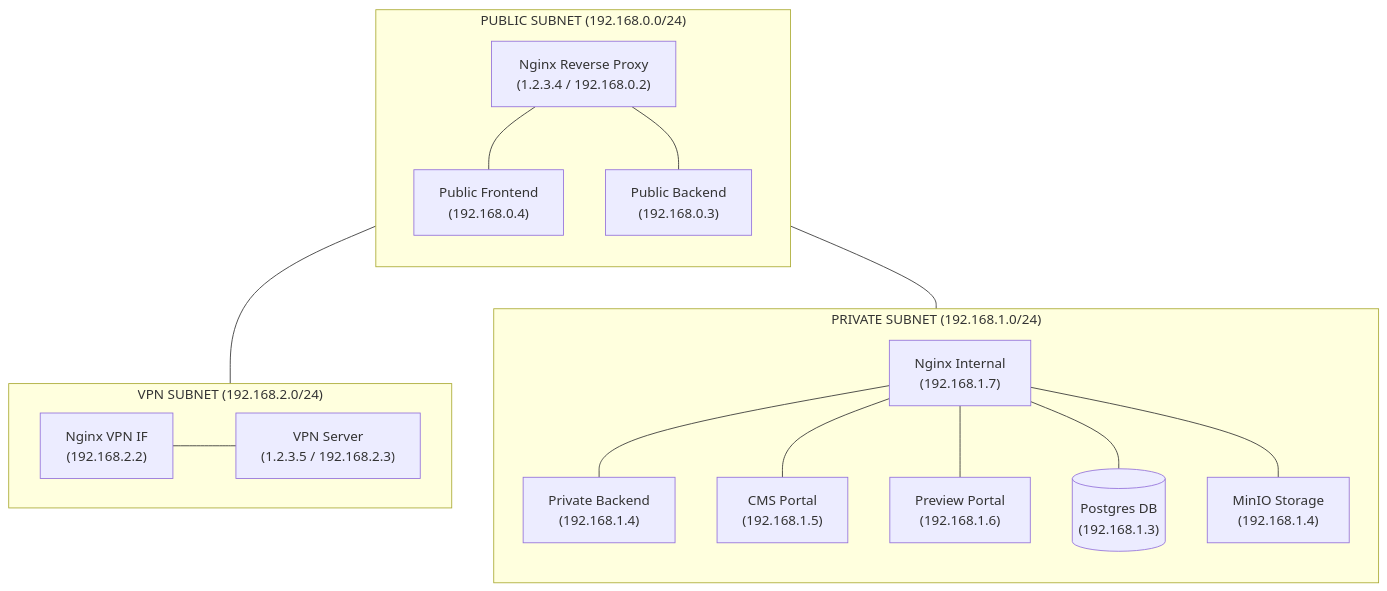
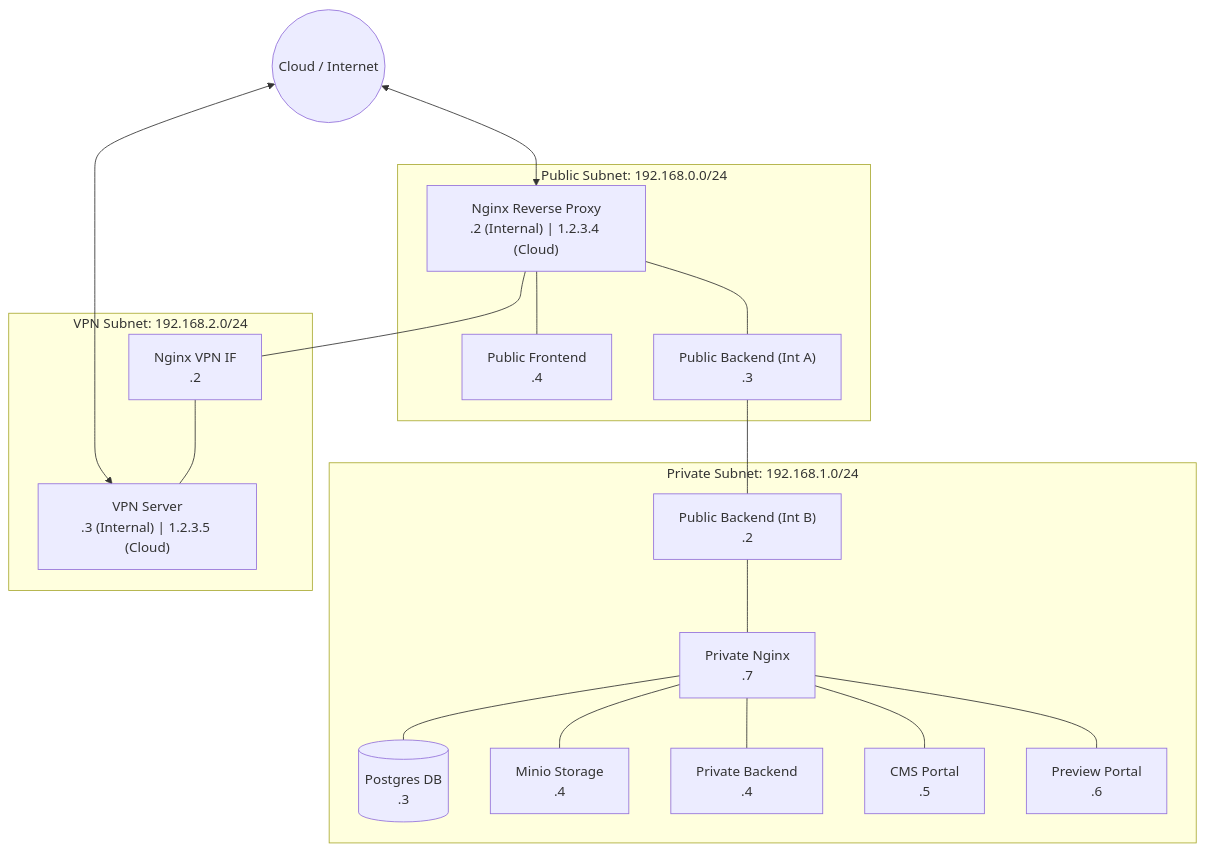
The diagram in README.md (mintesnotAfework/GRPC), drawn with Mermaid before and after one commit.

````diff
--- a/README.md
+++ b/README.md
@@ -1,46 +1,52 @@
 ```mermaid
 graph TD
-    %% SUB-NET 0: PUBLIC
-    subgraph PUBLIC_NET ["PUBLIC SUBNET (192.168.0.0/24)"]
-        direction TB
-        NGINX_RP["Nginx Reverse Proxy <br/> (1.2.3.4 / 192.168.0.2)"]
-        FRONTEND_PUB["Public Frontend <br/> (192.168.0.4)"]
-        BACKEND_PUB["Public Backend <br/> (192.168.0.3)"]
-        
-        NGINX_RP --- FRONTEND_PUB
-        NGINX_RP --- BACKEND_PUB
+    %% Internet Representation
+    Cloud((Cloud / Internet))
+
+    %% 192.168.0.0/24 - PUBLIC FACING SUBNET
+    subgraph Subnet_0 [Public Subnet: 192.168.0.0/24]
+        Nginx_Pub["Nginx Reverse Proxy<br/>.2 (Internal) | 1.2.3.4 (Cloud)"]
+        Frontend_Pub["Public Frontend<br/>.4"]
+        Backend_Pub_A["Public Backend (Int A)<br/>.3"]
     end
 
-    %% SUB-NET 1: PRIVATE
-    subgraph PRIVATE_NET ["PRIVATE SUBNET (192.168.1.0/24)"]
-        direction TB
-        NGINX_INT["Nginx Internal <br/> (192.168.1.7)"]
-        BACKEND_PRI["Private Backend <br/> (192.168.1.4)"]
-        CMS_PORTAL["CMS Portal <br/> (192.168.1.5)"]
-        PREVIEW_PORTAL["Preview Portal <br/> (192.168.1.6)"]
-        POSTGRES_DB[("Postgres DB <br/> (192.168.1.3)")]
-        MINIO_S3["MinIO Storage <br/> (192.168.1.4)"]
-        
-        NGINX_INT --- BACKEND_PRI
-        NGINX_INT --- CMS_PORTAL
-        NGINX_INT --- PREVIEW_PORTAL
-        NGINX_INT --- POSTGRES_DB
-        NGINX_INT --- MINIO_S3
+    %% 192.168.1.0/24 - PRIVATE BACKEND SUBNET
+    subgraph Subnet_1 [Private Subnet: 192.168.1.0/24]
+        Backend_Pub_B["Public Backend (Int B)<br/>.2"]
+        Nginx_Priv["Private Nginx<br/>.7"]
+        Postgres[("Postgres DB<br/>.3")]
+        Minio["Minio Storage<br/>.4"]
+        Backend_Priv["Private Backend<br/>.4"]
+        CMS["CMS Portal<br/>.5"]
+        Preview["Preview Portal<br/>.6"]
     end
 
-    %% SUB-NET 2: VPN
-    subgraph VPN_NET ["VPN SUBNET (192.168.2.0/24)"]
-        direction LR
-        NGINX_VPN_IF["Nginx VPN IF <br/> (192.168.2.2)"]
-        VPN_GATEWAY["VPN Server <br/> (1.2.3.5 / 192.168.2.3)"]
-        
-        NGINX_VPN_IF --- VPN_GATEWAY
+    %% 192.168.2.0/24 - VPN SUBNET
+    subgraph Subnet_2 [VPN Subnet: 192.168.2.0/24]
+        Nginx_VPN["Nginx VPN IF<br/>.2"]
+        VPN_Srv["VPN Server<br/>.3 (Internal) | 1.2.3.5 (Cloud)"]
     end
 
-    %% INTER-SUBNET CONNECTIONS
-    %% Connects the Public Backend to the Private Subnet
-    BACKEND_PUB --- NGINX_INT
-    
-    %% Connects the Main Nginx to the VPN Subnet
-    NGINX_RP --- NGINX_VPN_IF
+    %% Cloud Connections
+    Cloud <--> Nginx_Pub
+    Cloud <--> VPN_Srv
+
+    %% Subnet 0 Internal Connections
+    Nginx_Pub --- Frontend_Pub
+    Nginx_Pub --- Backend_Pub_A
+
+    %% Bridge between Subnet 0 and Subnet 1 via Public Backend
+    Backend_Pub_A --- Backend_Pub_B
+
+    %% Subnet 1 Internal Connections
+    Backend_Pub_B --- Nginx_Priv
+    Nginx_Priv --- Postgres
+    Nginx_Priv --- Minio
+    Nginx_Priv --- Backend_Priv
+    Nginx_Priv --- CMS
+    Nginx_Priv --- Preview
+
+    %% Bridge between Subnet 0 and Subnet 2 via Nginx Proxy
+    Nginx_Pub --- Nginx_VPN
+    Nginx_VPN --- VPN_Srv
 ```
````
